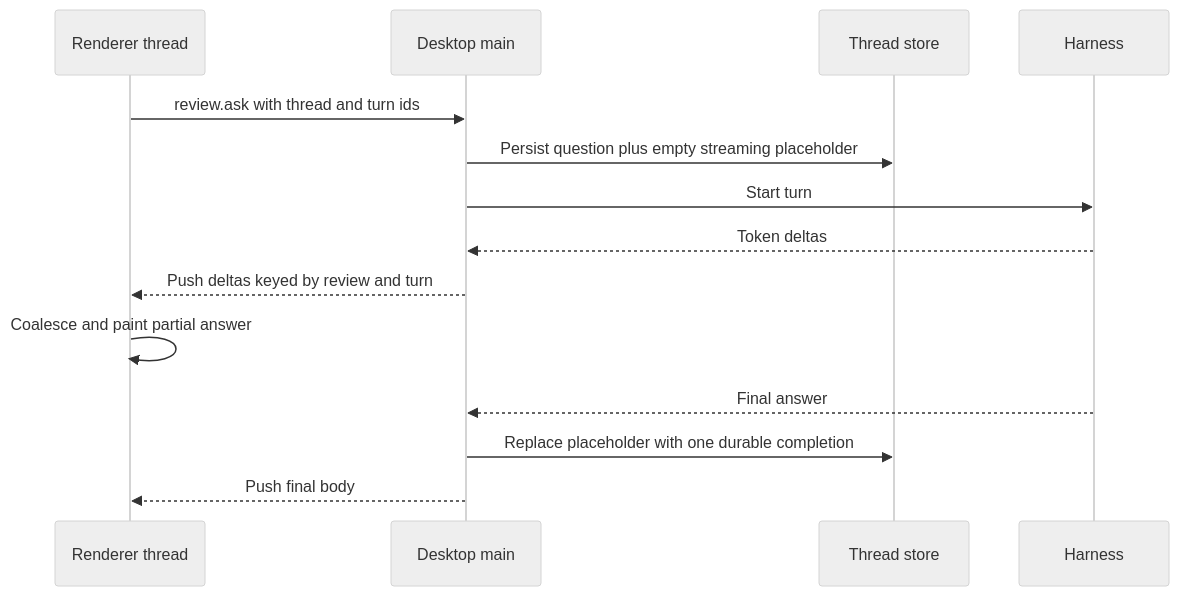
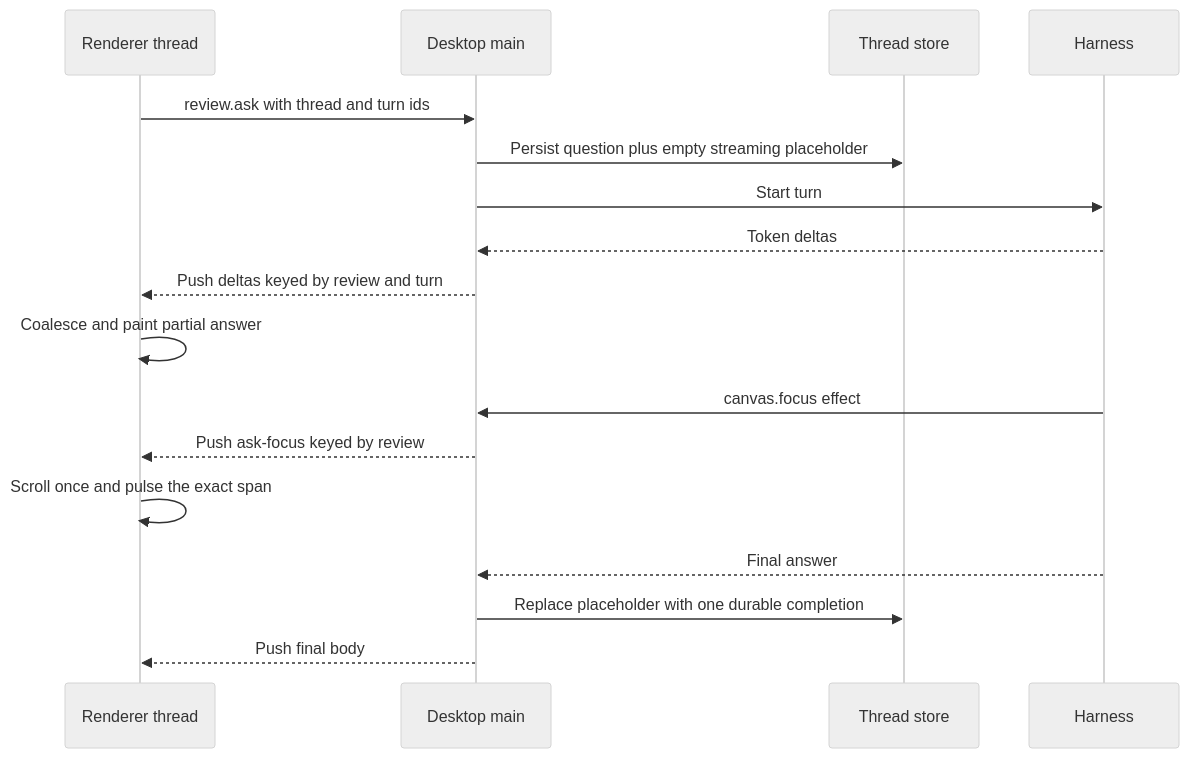
Before and after one commit to rbutera/Rennet: the fifth of 5 diagrams in docs/src/content/docs/developing/concepts/architecture-overview.md, drawn with Mermaid (neutral theme). The commit also changed 26 other files, not shown here.

First line of the commit message:
feat(canvas): deixis — canvas.focus points, the reviewer span-selects back (#79)

````diff
--- a/docs/src/content/docs/developing/concepts/architecture-overview.md
+++ b/docs/src/content/docs/developing/concepts/architecture-overview.md
@@ -171,17 +171,20 @@
 ```mermaid
 sequenceDiagram
   participant UI as Renderer thread
   participant Main as Desktop main
   participant Store as Thread store
   participant Harness
 
   UI->>Main: review.ask with thread and turn ids
   Main->>Store: Persist question plus empty streaming placeholder
   Main->>Harness: Start turn
   Harness-->>Main: Token deltas
   Main-->>UI: Push deltas keyed by review and turn
   UI->>UI: Coalesce and paint partial answer
+  Harness->>Main: canvas.focus effect
+  Main-->>UI: Push ask-focus keyed by review
+  UI->>UI: Scroll once and pulse the exact span
   Harness-->>Main: Final answer
   Main->>Store: Replace placeholder with one durable completion
   Main-->>UI: Push final body
 ```
````
